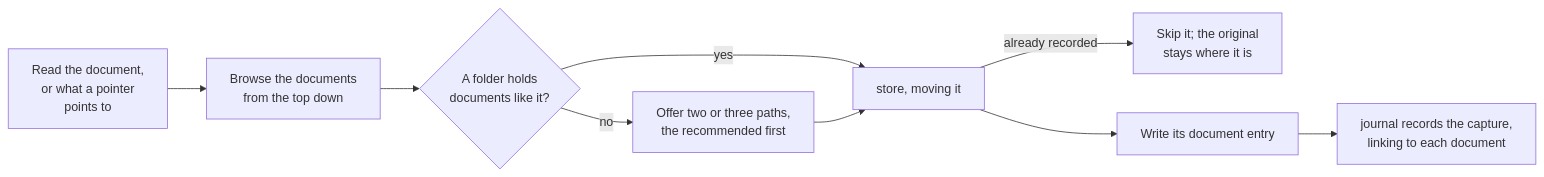
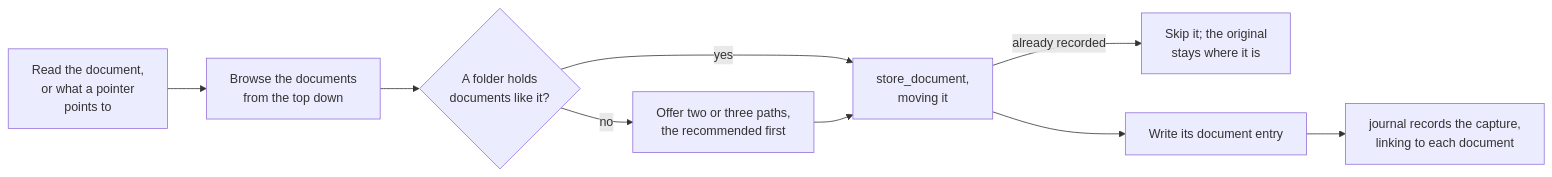
The diagram in docs/skills.md (Velrea/AI.Brain), drawn with Mermaid before and after one commit. The commit also changed other lines of this file and 36 other files, not shown here.

````diff
--- a/docs/skills.md
+++ b/docs/skills.md
@@ -64,11 +66,11 @@
 ```mermaid
 flowchart LR
     read["Read the document,<br/>or what a pointer<br/>points to"] --> browse["Browse the documents<br/>from the top down"]
     browse --> fits{"A folder holds<br/>documents like it?"}
-    fits -- yes --> file["store, moving it"]
+    fits -- yes --> file["store_document,<br/>moving it"]
     fits -- no --> ask["Offer two or three paths,<br/>the recommended first"]
     ask --> file
     file -- "already recorded" --> skip["Skip it; the original<br/>stays where it is"]
     file --> write["Write its document entry"]
     write --> journal["journal records the capture,<br/>linking to each document"]
 ```
````
